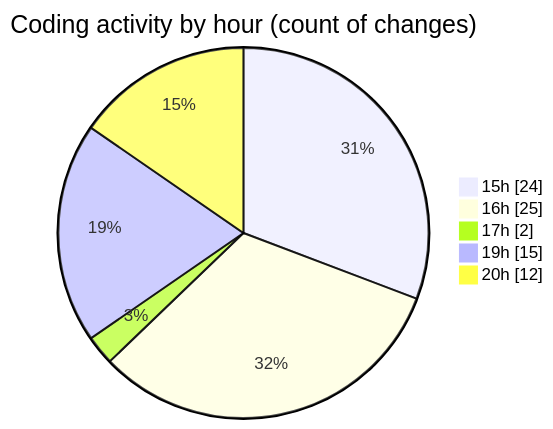
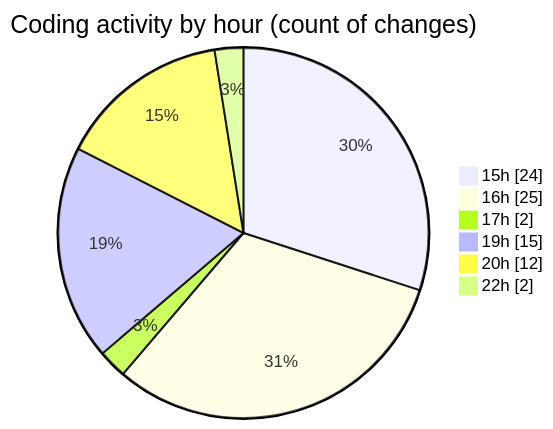
The second of 2 diagrams in 2025-07-31/tw-server/README.md (EIIisD/code-tracking), drawn with Mermaid before and after one commit. The commit also changed other lines of this file and 1 other file, not shown here.

````diff
--- a/2025-07-31/tw-server/README.md
+++ b/2025-07-31/tw-server/README.md
@@ -43,9 +44,10 @@
 ```mermaid
 pie showData
 title Coding activity by hour (count of changes)
 "15h" : 24
 "16h" : 25
 "17h" : 2
 "19h" : 15
 "20h" : 12
+"22h" : 2
 ```
````
